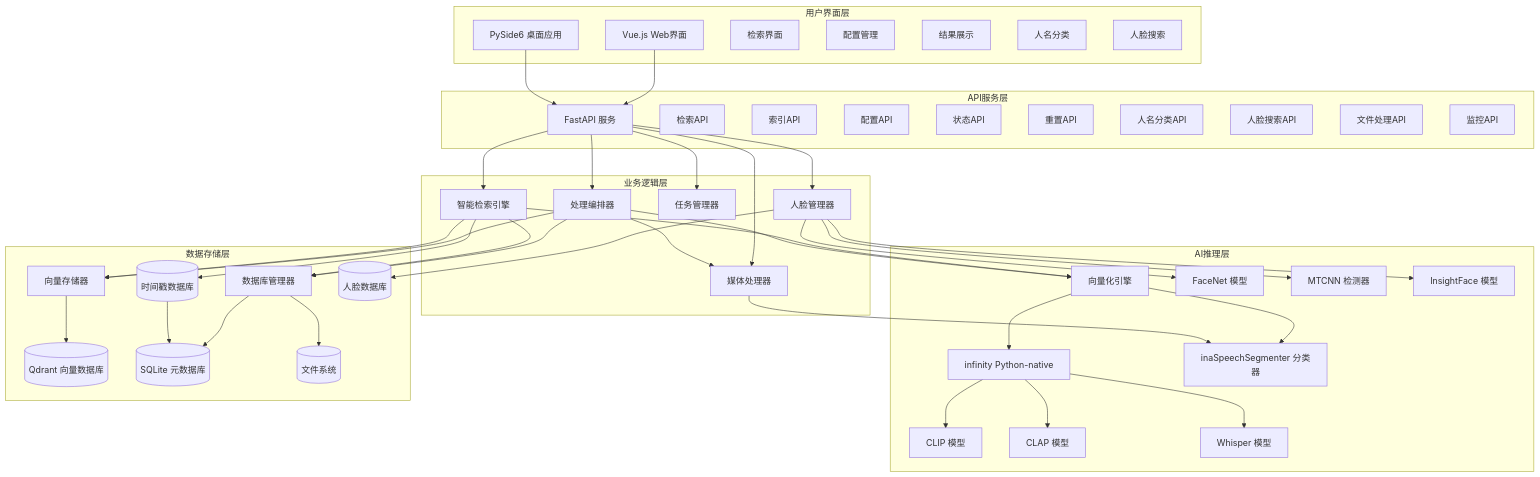
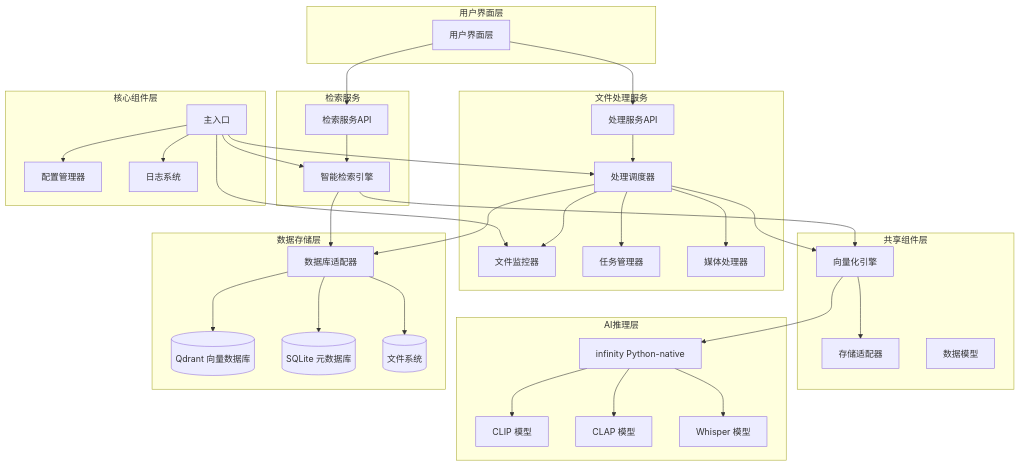
Before and after one commit to cr4342/msearch: the diagram in IFLOW.md, drawn with Mermaid. The commit also changed other lines of this file and 110 other files, not shown here.

````diff
--- a/IFLOW.md
+++ b/IFLOW.md
@@ -56,89 +95,77 @@
 ```mermaid
 graph TB
     subgraph "用户界面层"
-        WebUI[Vue.js Web界面]
-        UI[PySide6 桌面应用]
-        UI_Search[检索界面]
-        UI_Config[配置管理]
-        UI_Results[结果展示]
-        UI_Person[人名分类]
-        UI_Face[人脸搜索]
+        UI[用户界面层]
     end
     
-    subgraph "API服务层"
-        API[FastAPI 服务]
-        API_Search[检索API]
-        API_Index[索引API]
-        API_Config[配置API]
-        API_Status[状态API]
-        API_Reset[重置API]
-        API_Person[人名分类API]
-        API_Face[人脸搜索API]
-        API_File[文件处理API]
-        API_Monitoring[监控API]
+    subgraph "共享组件层"
+        EmbeddingEngine[向量化引擎]
+        StorageAdapter[存储适配器]
+        DataModels[数据模型]
     end
     
-    subgraph "业务逻辑层"
-        SmartRetrieval[智能检索引擎]
-        Orchestrator[处理编排器]
+    subgraph "文件处理服务"
+        FileMonitor[文件监控器]
+        Orchestrator[处理调度器]
         TaskManager[任务管理器]
         MediaProcessor[媒体处理器]
-        FaceManager[人脸管理器]
+        ProcessingAPI[处理服务API]
+    end
+    
+    subgraph "检索服务"
+        SmartRetrieval[智能检索引擎]
+        SearchAPI[检索服务API]
     end
     
     subgraph "AI推理层"
-        EmbeddingEngine[向量化引擎]
         Infinity[infinity Python-native]
         CLIP[CLIP 模型]
         CLAP[CLAP 模型]
         Whisper[Whisper 模型]
-        FaceNet[FaceNet 模型]
-        MTCNN[MTCNN 检测器]
-        InsightFace[InsightFace 模型]
-        inaSpeechSegmenter[inaSpeechSegmenter 分类器]
     end
     
     subgraph "数据存储层"
-        VectorStore[向量存储器]
-        DatabaseManager[数据库管理器]
+        DatabaseAdapter[数据库适配器]
         Qdrant[(Qdrant 向量数据库)]
         SQLite[(SQLite 元数据库)]
-        TimestampDB[(时间戳数据库)]
-        FaceDB[(人脸数据库)]
         FileSystem[(文件系统)]
     end
     
-    WebUI --> API
-    UI --> API
-    API --> SmartRetrieval
-    API --> Orchestrator
-    API --> TaskManager
-    API --> MediaProcessor
-    API --> FaceManager
+    subgraph "核心组件层"
+        ConfigManager[配置管理器]
+        LoggingSystem[日志系统]
+        MainEntry[主入口]
+    end
+    
+    UI --> SearchAPI
+    UI --> ProcessingAPI
+    
+    SearchAPI --> SmartRetrieval
+    ProcessingAPI --> Orchestrator
     
     SmartRetrieval --> EmbeddingEngine
+    SmartRetrieval --> DatabaseAdapter
+    
+    Orchestrator --> FileMonitor
+    Orchestrator --> TaskManager
     Orchestrator --> MediaProcessor
     Orchestrator --> EmbeddingEngine
-    Orchestrator --> DatabaseManager
-    Orchestrator --> VectorStore
+    Orchestrator --> DatabaseAdapter
     
     EmbeddingEngine --> Infinity
-    FaceManager --> FaceNet
-    FaceManager --> MTCNN
-    FaceManager --> InsightFace
-    EmbeddingEngine --> inaSpeechSegmenter
-    SmartRetrieval --> DatabaseManager
-    SmartRetrieval --> VectorStore
-    SmartRetrieval --> TimestampDB
+    EmbeddingEngine --> StorageAdapter
     
     Infinity --> CLIP
     Infinity --> CLAP
     Infinity --> Whisper
     
-    MediaProcessor --> inaSpeechSegmenter
-    DatabaseManager --> FileSystem
-    VectorStore --> Qdrant
-    DatabaseManager --> SQLite
-    FaceManager --> FaceDB
-    TimestampDB --> SQLite
+    DatabaseAdapter --> Qdrant
+    DatabaseAdapter --> SQLite
+    DatabaseAdapter --> FileSystem
+    
+    MainEntry --> ConfigManager
+    MainEntry --> LoggingSystem
+    MainEntry --> FileMonitor
+    MainEntry --> Orchestrator
+    MainEntry --> SmartRetrieval
 ```
````
